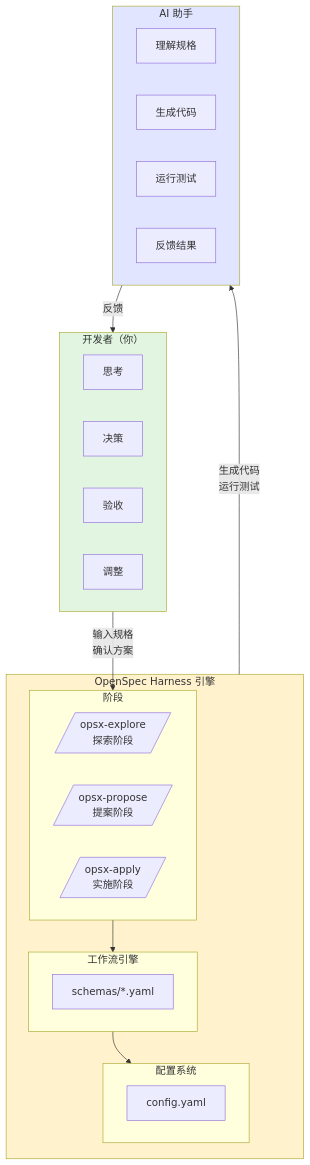
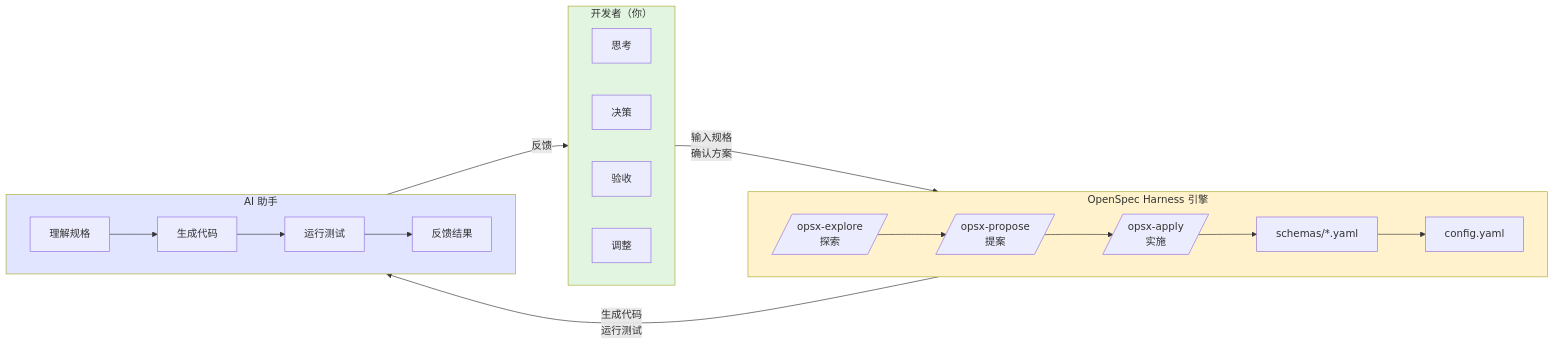
One commit to lihaizhong/niuma changed the third of 16 diagrams in docs/openspec/01-overview.md. Above: the diagram before and after it, drawn with Mermaid. The commit also changed other lines of this file and 22 other files, not shown here.

First line of the commit message:
refactor: convert OpenSpec schemas to official CLI format

````diff
--- a/docs/openspec/01-overview.md
+++ b/docs/openspec/01-overview.md
@@ -51,42 +51,37 @@
 ```mermaid
-flowchart TB
+flowchart LR
     subgraph Developer["开发者（你）"]
+        direction LR
         D1[思考]
         D2[决策]
         D3[验收]
         D4[调整]
     end
 
     subgraph Engine["OpenSpec Harness 引擎"]
-        subgraph Phases["阶段"]
-            P1[/opsx-explore\n探索阶段/]
-            P2[/opsx-propose\n提案阶段/]
-            P3[/opsx-apply\n实施阶段/]
-        end
-
-        subgraph Workflow["工作流引擎"]
-            W1[schemas/*.yaml]
-        end
-
-        subgraph Config["配置系统"]
-            C1[config.yaml]
-        end
+        direction LR
+        P1[/opsx-explore\n探索/]
+        P2[/opsx-propose\n提案/]
+        P3[/opsx-apply\n实施/]
+        W1[schemas/*.yaml]
+        C1[config.yaml]
+        P1 --> P2 --> P3 --> W1 --> C1
     end
 
     subgraph AI["AI 助手"]
+        direction LR
         A1[理解规格]
         A2[生成代码]
         A3[运行测试]
         A4[反馈结果]
+        A1 --> A2 --> A3 --> A4
     end
 
-    Developer -->|输入规格\n确认方案| Phases
-    Phases --> Workflow
-    Workflow --> Config
-    Engine -->|生成代码\n运行测试| AI
-    AI -->|反馈| Developer
+    Developer -->|输入规格\n确认方案| P1
+    P3 -->|生成代码\n运行测试| A1
+    A4 -->|反馈| Developer
 
     style Developer fill:#e1f5e1
     style AI fill:#e1e5ff
     style Engine fill:#fff2cc
 ```
````
